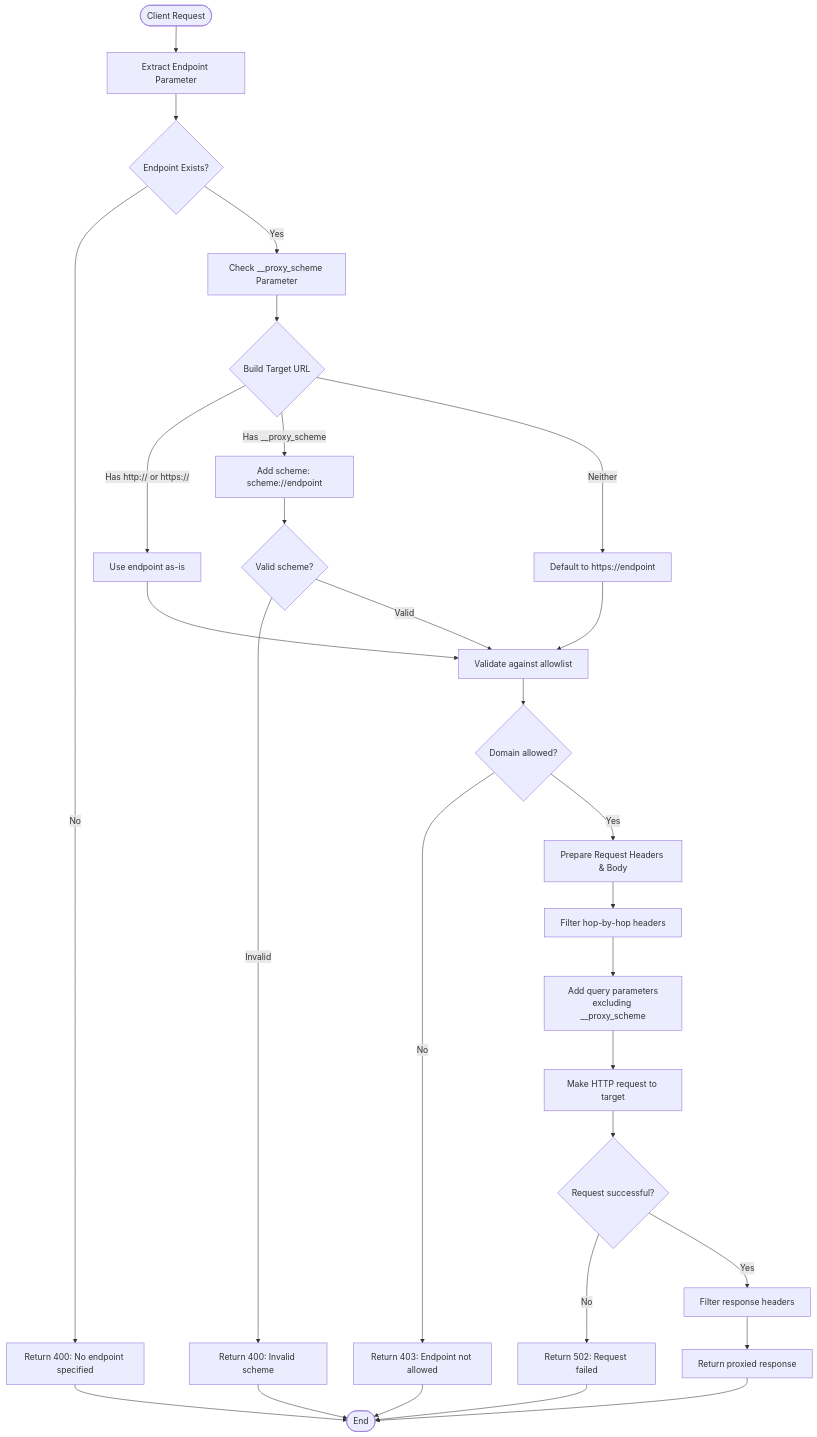
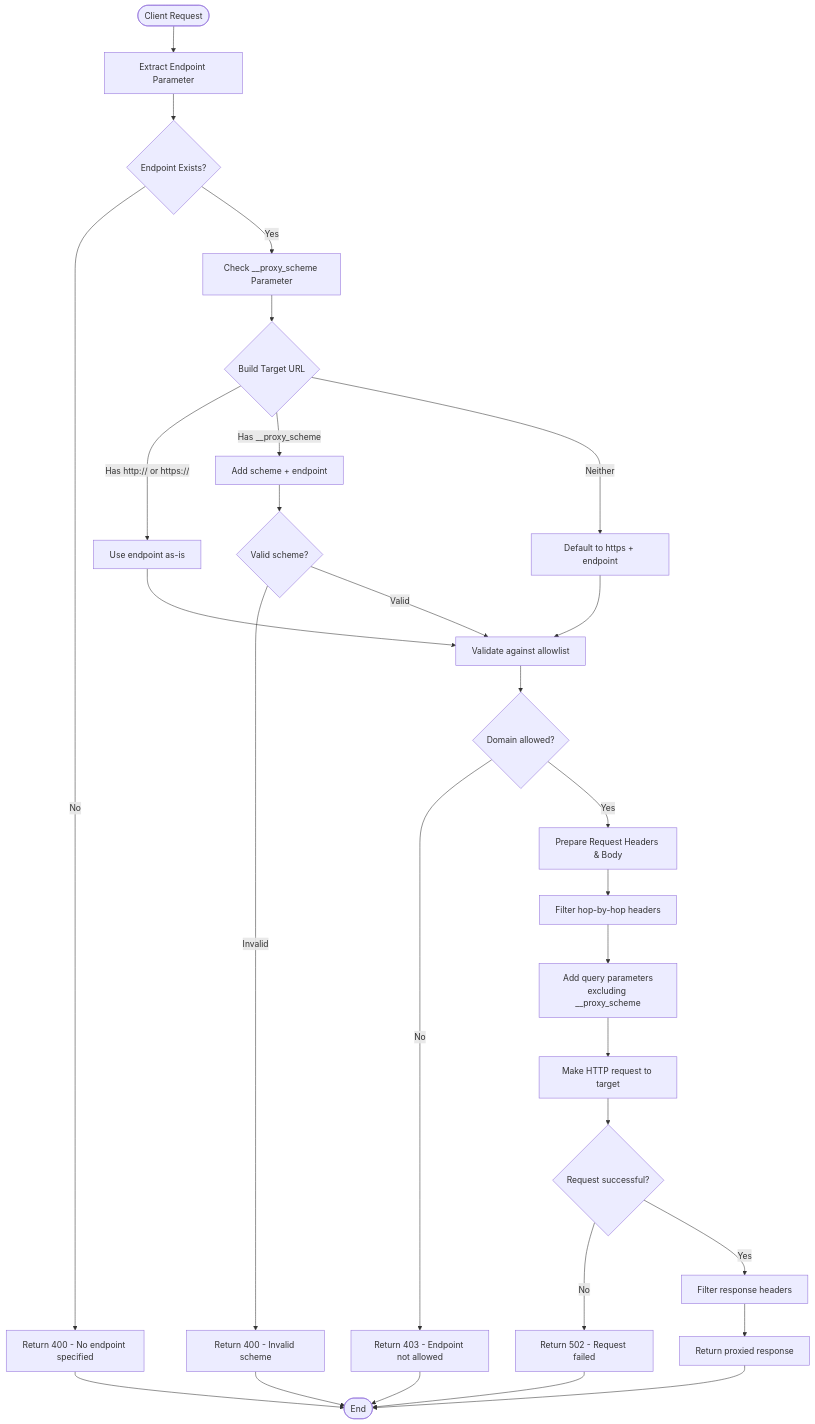
One commit to lmoloney/function-proxy changed the second of 4 diagrams in README.md. Above: the diagram before and after it, drawn with Mermaid. The commit also changed other lines of this file and 3 other files, not shown here.

````diff
--- a/README.md
+++ b/README.md
@@ -278,40 +425,40 @@
 ```mermaid
 flowchart TD
     Start([Client Request]) --> Extract[Extract Endpoint Parameter]
     Extract --> CheckEndpoint{Endpoint Exists?}
     
-    CheckEndpoint -->|No| Error400[Return 400: No endpoint specified]
+    CheckEndpoint -->|No| Error400[Return 400 - No endpoint specified]
     CheckEndpoint -->|Yes| CheckScheme[Check __proxy_scheme Parameter]
     
     CheckScheme --> BuildURL{Build Target URL}
     BuildURL -->|Has http:// or https://| UseAsIs[Use endpoint as-is]
-    BuildURL -->|Has __proxy_scheme| AddScheme[Add scheme: scheme://endpoint]
-    BuildURL -->|Neither| DefaultHTTPS[Default to https://endpoint]
+    BuildURL -->|Has __proxy_scheme| AddScheme[Add scheme + endpoint]
+    BuildURL -->|Neither| DefaultHTTPS[Default to https + endpoint]
     
     UseAsIs --> ValidateURL[Validate against allowlist]
     AddScheme --> ValidateScheme{Valid scheme?}
     DefaultHTTPS --> ValidateURL
     
-    ValidateScheme -->|Invalid| Error400Scheme[Return 400: Invalid scheme]
+    ValidateScheme -->|Invalid| Error400Scheme[Return 400 - Invalid scheme]
     ValidateScheme -->|Valid| ValidateURL
     
     ValidateURL --> AllowCheck{Domain allowed?}
-    AllowCheck -->|No| Error403[Return 403: Endpoint not allowed]
+    AllowCheck -->|No| Error403[Return 403 - Endpoint not allowed]
     AllowCheck -->|Yes| PrepareRequest[Prepare Request Headers & Body]
     
     PrepareRequest --> FilterHeaders[Filter hop-by-hop headers]
     FilterHeaders --> AddParams[Add query parameters<br/>excluding __proxy_scheme]
     AddParams --> MakeRequest[Make HTTP request to target]
     
     MakeRequest --> HandleResponse{Request successful?}
-    HandleResponse -->|No| Error502[Return 502: Request failed]
+    HandleResponse -->|No| Error502[Return 502 - Request failed]
     HandleResponse -->|Yes| FilterResponse[Filter response headers]
     
     FilterResponse --> ReturnResponse[Return proxied response]
     
     Error400 --> End([End])
     Error400Scheme --> End
     Error403 --> End
     Error502 --> End
     ReturnResponse --> End
 ```
````
